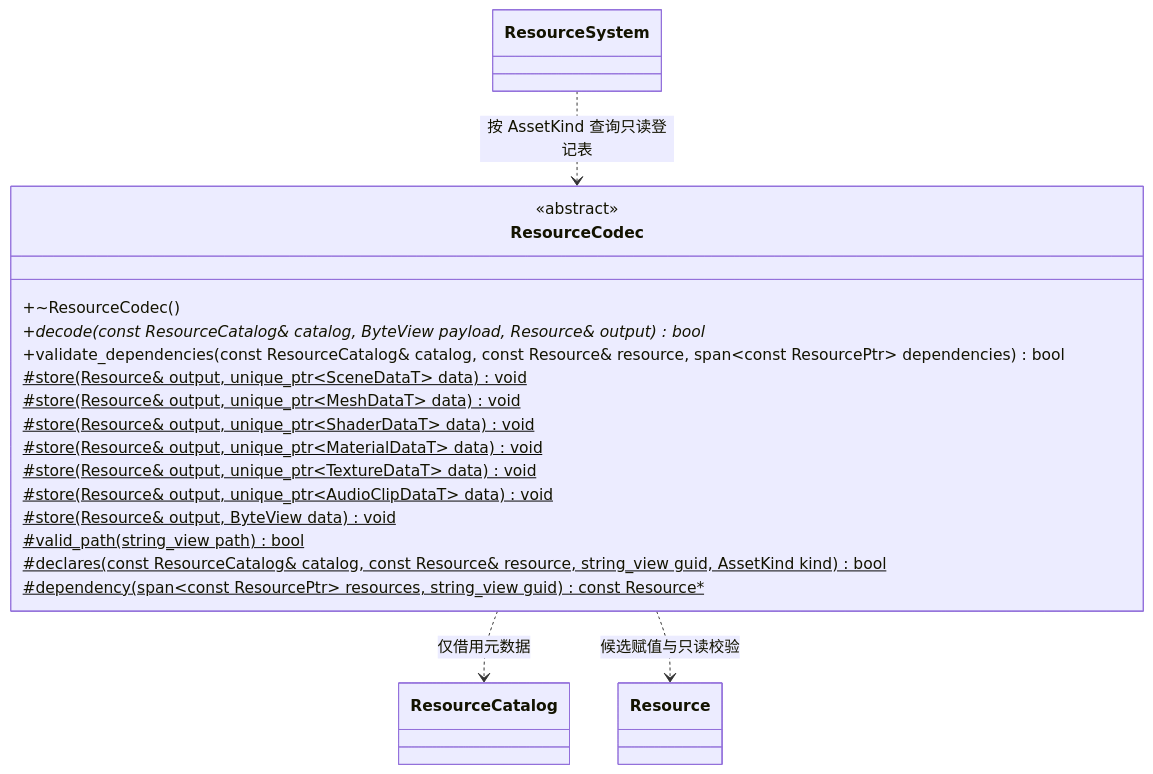
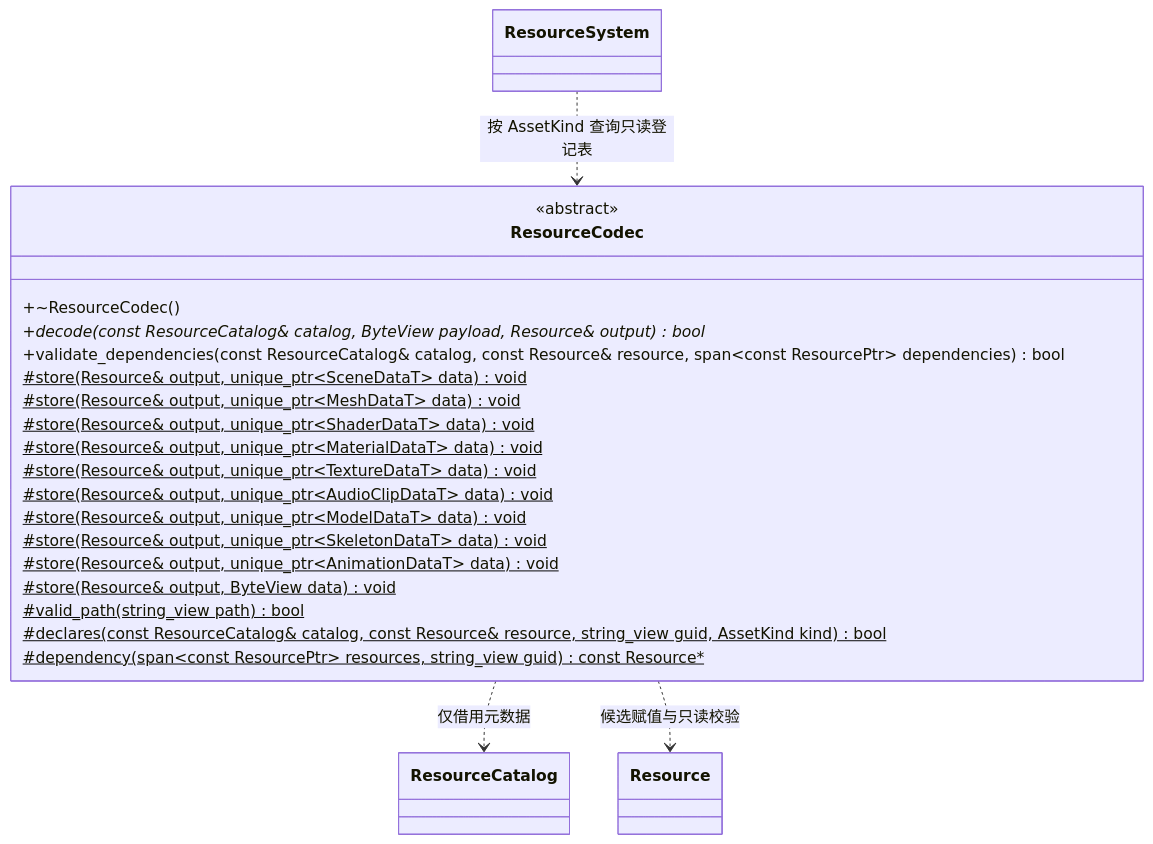
The first of 4 diagrams in docs/runtime/class-diagrams/resource-codecs.md (lcals/Engine), drawn with Mermaid before and after one commit. The commit also changed other lines of this file and 213 other files, not shown here.

Commit message:
feat: add model import plugins, skeletal animation and character controllers

````diff
--- a/docs/runtime/class-diagrams/resource-codecs.md
+++ b/docs/runtime/class-diagrams/resource-codecs.md
@@ -9,25 +9,28 @@
 ```mermaid
 classDiagram
     class ResourceCodec {
         <<abstract>>
         +~ResourceCodec()
         +decode(const ResourceCatalog& catalog, ByteView payload, Resource& output) bool*
         +validate_dependencies(const ResourceCatalog& catalog, const Resource& resource, span~const ResourcePtr~ dependencies) bool
         #store(Resource& output, unique_ptr~SceneDataT~ data) void$
         #store(Resource& output, unique_ptr~MeshDataT~ data) void$
         #store(Resource& output, unique_ptr~ShaderDataT~ data) void$
         #store(Resource& output, unique_ptr~MaterialDataT~ data) void$
         #store(Resource& output, unique_ptr~TextureDataT~ data) void$
         #store(Resource& output, unique_ptr~AudioClipDataT~ data) void$
+        #store(Resource& output, unique_ptr~ModelDataT~ data) void$
+        #store(Resource& output, unique_ptr~SkeletonDataT~ data) void$
+        #store(Resource& output, unique_ptr~AnimationDataT~ data) void$
         #store(Resource& output, ByteView data) void$
         #valid_path(string_view path) bool$
         #declares(const ResourceCatalog& catalog, const Resource& resource, string_view guid, AssetKind kind) bool$
         #dependency(span~const ResourcePtr~ resources, string_view guid) const Resource#42;$
     }
     class ResourceSystem
     class ResourceCatalog
     class Resource
     ResourceSystem ..> ResourceCodec : 按 AssetKind 查询只读登记表
     ResourceCodec ..> ResourceCatalog : 仅借用元数据
     ResourceCodec ..> Resource : 候选赋值与只读校验
 ```
````
